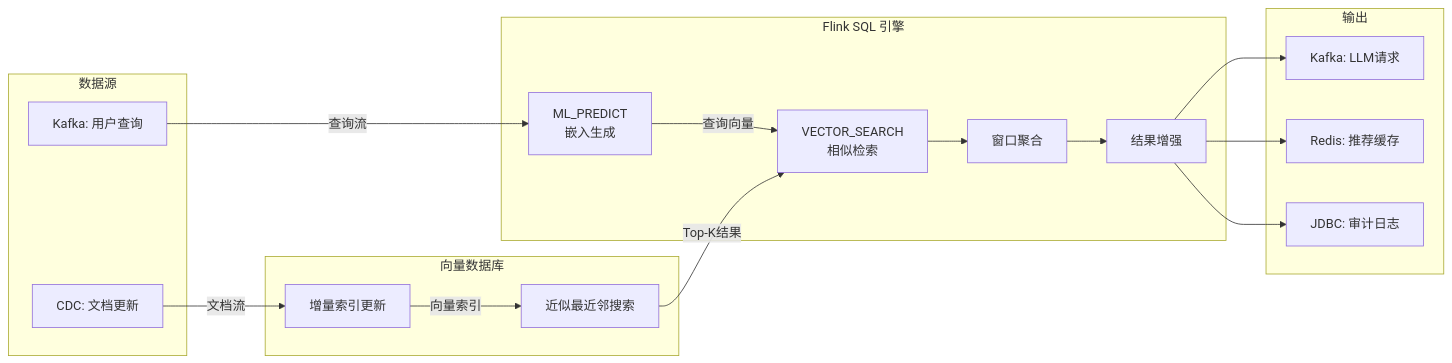
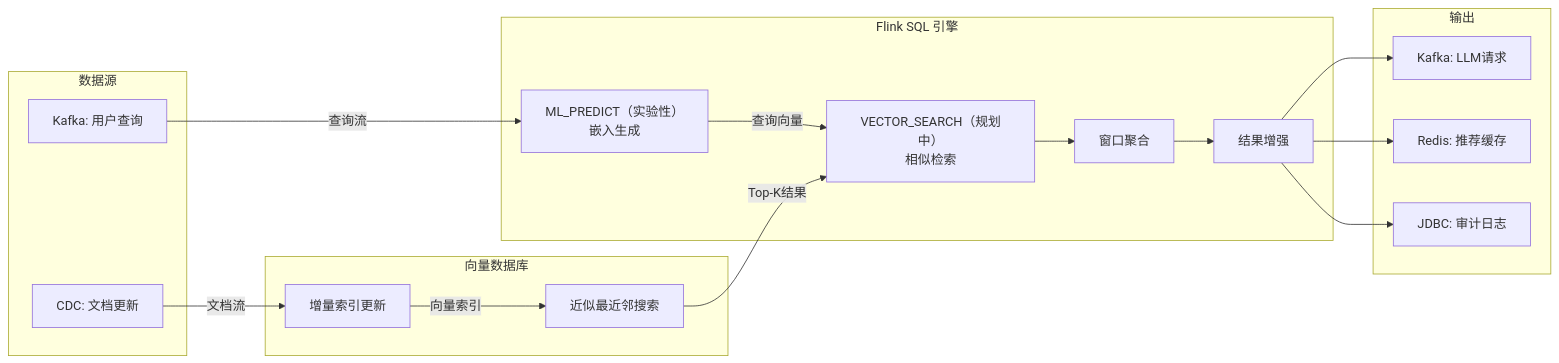
Before and after one commit to AdaMartin18010/AnalysisDataFlow: the second of 4 diagrams in Flink/03-sql-table-api/vector-search.md, drawn with Mermaid. The commit also changed other lines of this file and 7 other files, not shown here.

````diff
--- a/Flink/03-sql-table-api/vector-search.md
+++ b/Flink/03-sql-table-api/vector-search.md
@@ -682,36 +682,36 @@
 ```mermaid
 flowchart LR
     subgraph Source["数据源"]
         S1[Kafka: 用户查询]
         S2[CDC: 文档更新]
     end
 
     subgraph Flink["Flink SQL 引擎"]
-        F1[ML_PREDICT<br/>嵌入生成]
-        F2[VECTOR_SEARCH<br/>相似检索]
+        F1[ML_PREDICT（实验性）<br/>嵌入生成]
+        F2[VECTOR_SEARCH（规划中）<br/>相似检索]
         F3[窗口聚合]
         F4[结果增强]
     end
 
     subgraph VectorDB["向量数据库"]
         V1[增量索引更新]
         V2[近似最近邻搜索]
     end
 
     subgraph Sink["输出"]
         K1[Kafka: LLM请求]
         K2[Redis: 推荐缓存]
         K3[JDBC: 审计日志]
     end
 
     S1 -->|查询流| F1
     S2 -->|文档流| V1
     F1 -->|查询向量| F2
     V1 -->|向量索引| V2
     V2 -->|Top-K结果| F2
     F2 --> F3
     F3 --> F4
     F4 --> K1
     F4 --> K2
     F4 --> K3
 ```
````
